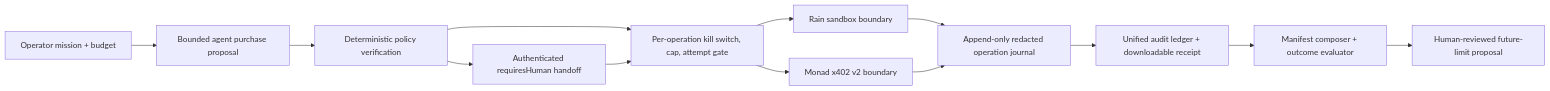
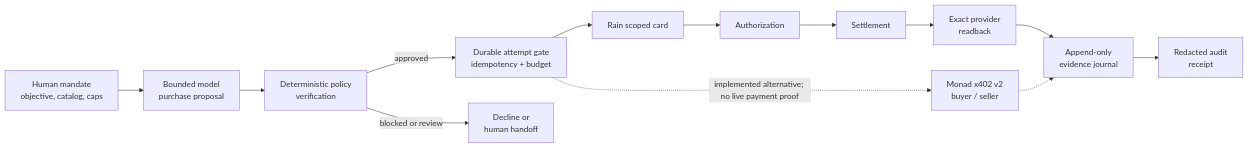
The diagram in README.md (VJDiPaola/SpendForge), drawn with Mermaid before and after one commit. The commit also changed other lines of this file and 11 other files, not shown here.

````diff
--- a/README.md
+++ b/README.md
@@ -48,15 +63,15 @@
 ```mermaid
 flowchart LR
-    O["Operator mission + budget"] --> A["Bounded agent purchase proposal"]
-    A --> P["Deterministic policy verification"]
-    P --> G["Per-operation kill switch, cap, attempt gate"]
-    P --> U["Authenticated requiresHuman handoff"]
-    U --> G
-    G --> R["Rain sandbox boundary"]
-    G --> X["Monad x402 v2 boundary"]
-    R --> J["Append-only redacted operation journal"]
-    X --> J
-    J --> L["Unified audit ledger + downloadable receipt"]
-    L --> C["Manifest composer + outcome evaluator"]
-    C --> H["Human-reviewed future-limit proposal"]
+    M["Human mandate<br/>objective, catalog, caps"] --> D["Bounded model<br/>purchase proposal"]
+    D --> P["Deterministic policy<br/>verification"]
+    P -->|approved| G["Durable attempt gate<br/>idempotency + budget"]
+    P -->|blocked or review| H["Decline or<br/>human handoff"]
+    G --> C["Rain scoped card"]
+    C --> A["Authorization"]
+    A --> S["Settlement"]
+    S --> R["Exact provider<br/>readback"]
+    R --> J["Append-only<br/>evidence journal"]
+    J --> E["Redacted audit<br/>receipt"]
+    G -. "implemented alternative; no live payment proof" .-> X["Monad x402 v2<br/>buyer / seller"]
+    X -.-> J
 ```
````
